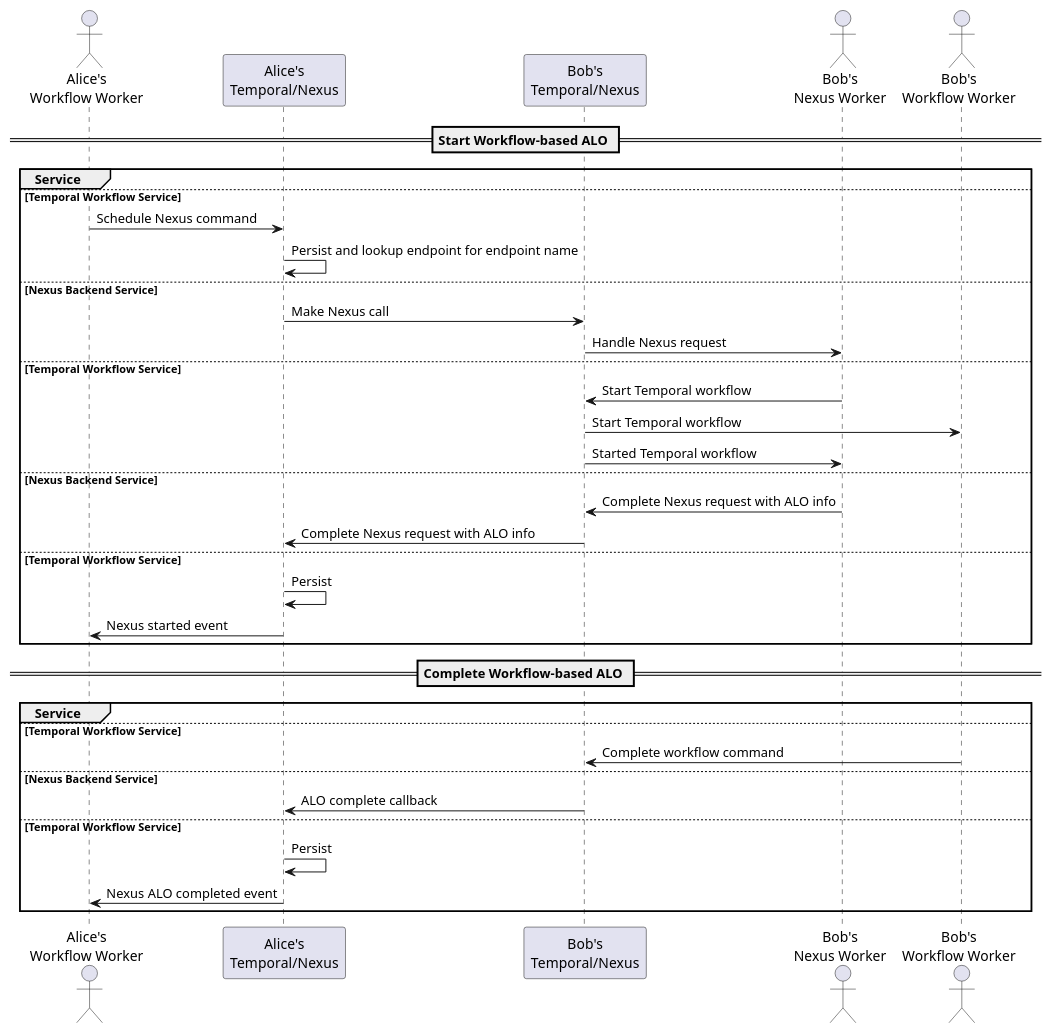
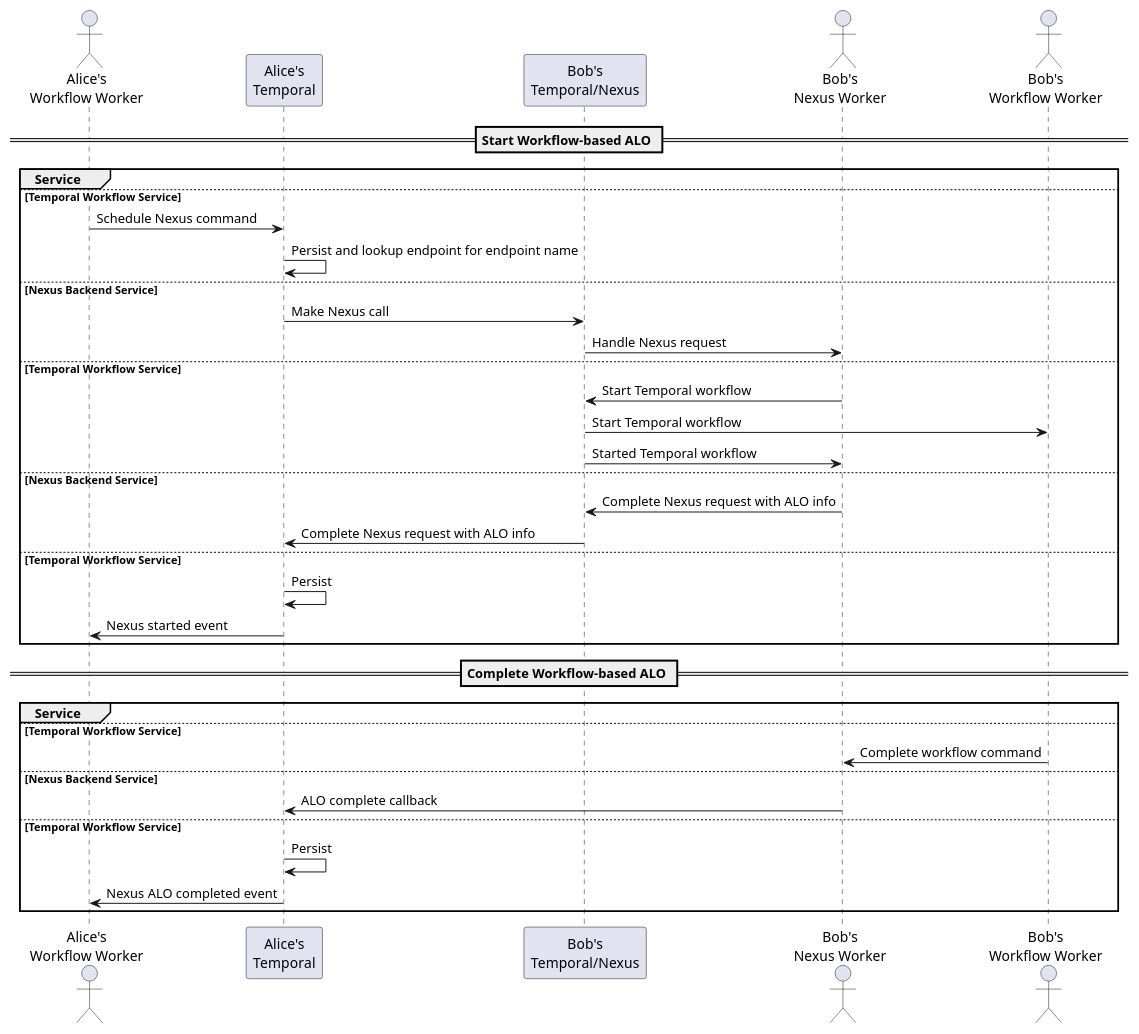
The diagram in nexus/tech/diagrams/temporal-to-temporal-workflow.wsd (cretz/temporal-proposals), drawn with PlantUML before and after one commit. The commit also changed 7 other files, not shown here.

Commit message:
Clarify flow

```diff
--- a/nexus/tech/diagrams/temporal-to-temporal-workflow.wsd
+++ b/nexus/tech/diagrams/temporal-to-temporal-workflow.wsd
@@ -1,39 +1,39 @@
 @startuml Temporal to Temporal Workflow
 
 == Start Workflow-based ALO ==
 
 actor "Alice's\nWorkflow Worker"
 group Service
 else Temporal Workflow Service
-  "Alice's\nWorkflow Worker" -> "Alice's\nTemporal/Nexus" : Schedule Nexus command
-  "Alice's\nTemporal/Nexus" -> "Alice's\nTemporal/Nexus" : Persist and lookup endpoint for endpoint name
+  "Alice's\nWorkflow Worker" -> "Alice's\nTemporal" : Schedule Nexus command
+  "Alice's\nTemporal" -> "Alice's\nTemporal" : Persist and lookup endpoint for endpoint name
 else Nexus Backend Service
-  "Alice's\nTemporal/Nexus" -> "Bob's\nTemporal/Nexus" : Make Nexus call
+  "Alice's\nTemporal" -> "Bob's\nTemporal/Nexus" : Make Nexus call
   actor "Bob's\nNexus Worker"
   "Bob's\nTemporal/Nexus" -> "Bob's\nNexus Worker" : Handle Nexus request
 else Temporal Workflow Service
   "Bob's\nNexus Worker" -> "Bob's\nTemporal/Nexus" : Start Temporal workflow
   actor "Bob's\nWorkflow Worker"
   "Bob's\nTemporal/Nexus" -> "Bob's\nWorkflow Worker" : Start Temporal workflow
   "Bob's\nTemporal/Nexus" -> "Bob's\nNexus Worker" : Started Temporal workflow
 else Nexus Backend Service
   "Bob's\nNexus Worker" -> "Bob's\nTemporal/Nexus" : Complete Nexus request with ALO info
-  "Bob's\nTemporal/Nexus" -> "Alice's\nTemporal/Nexus" : Complete Nexus request with ALO info
+  "Bob's\nTemporal/Nexus" -> "Alice's\nTemporal" : Complete Nexus request with ALO info
 else Temporal Workflow Service
-  "Alice's\nTemporal/Nexus" -> "Alice's\nTemporal/Nexus" : Persist
-  "Alice's\nTemporal/Nexus" -> "Alice's\nWorkflow Worker" : Nexus started event
+  "Alice's\nTemporal" -> "Alice's\nTemporal" : Persist
+  "Alice's\nTemporal" -> "Alice's\nWorkflow Worker" : Nexus started event
 end
 
 == Complete Workflow-based ALO ==
 
 group Service
 else Temporal Workflow Service
-  "Bob's\nWorkflow Worker" -> "Bob's\nTemporal/Nexus" : Complete workflow command
+  "Bob's\nWorkflow Worker" -> "Bob's\nNexus Worker" : Complete workflow command
 else Nexus Backend Service
-  "Bob's\nTemporal/Nexus" -> "Alice's\nTemporal/Nexus" : ALO complete callback
+  "Bob's\nNexus Worker" -> "Alice's\nTemporal" : ALO complete callback
 else Temporal Workflow Service
-  "Alice's\nTemporal/Nexus" -> "Alice's\nTemporal/Nexus" : Persist
-  "Alice's\nTemporal/Nexus" -> "Alice's\nWorkflow Worker" : Nexus ALO completed event
+  "Alice's\nTemporal" -> "Alice's\nTemporal" : Persist
+  "Alice's\nTemporal" -> "Alice's\nWorkflow Worker" : Nexus ALO completed event
 end
 
 @enduml
```
